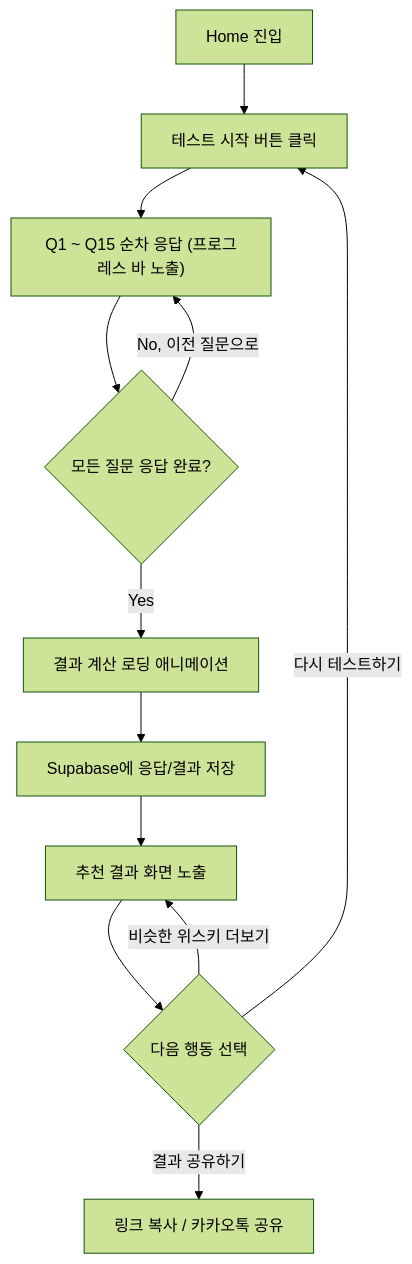
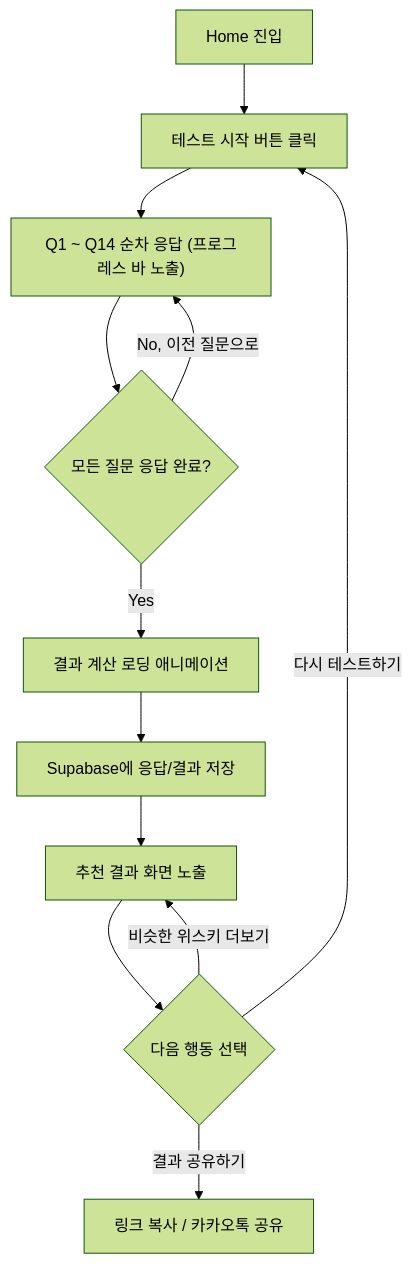
One commit to JOAYA28/my-whiskey changed the first of 2 diagrams in docs/PRD.md. Above: the diagram before and after it, drawn with Mermaid (forest theme). The commit also changed other lines of this file, not shown here.

````diff
--- a/docs/PRD.md
+++ b/docs/PRD.md
@@ -44,14 +44,14 @@
 ```mermaid
 flowchart TD
     A[Home 진입] --> B[테스트 시작 버튼 클릭]
-    B --> C["Q1 ~ Q15 순차 응답 (프로그레스 바 노출)"]
+    B --> C["Q1 ~ Q14 순차 응답 (프로그레스 바 노출)"]
     C --> D{모든 질문 응답 완료?}
     D -- No, 이전 질문으로 --> C
     D -- Yes --> E[결과 계산 로딩 애니메이션]
     E --> F[Supabase에 응답/결과 저장]
     F --> G[추천 결과 화면 노출]
     G --> H{다음 행동 선택}
     H -- 다시 테스트하기 --> B
     H -- 결과 공유하기 --> I[링크 복사 / 카카오톡 공유]
     H -- 비슷한 위스키 더보기 --> G
 ```
````
